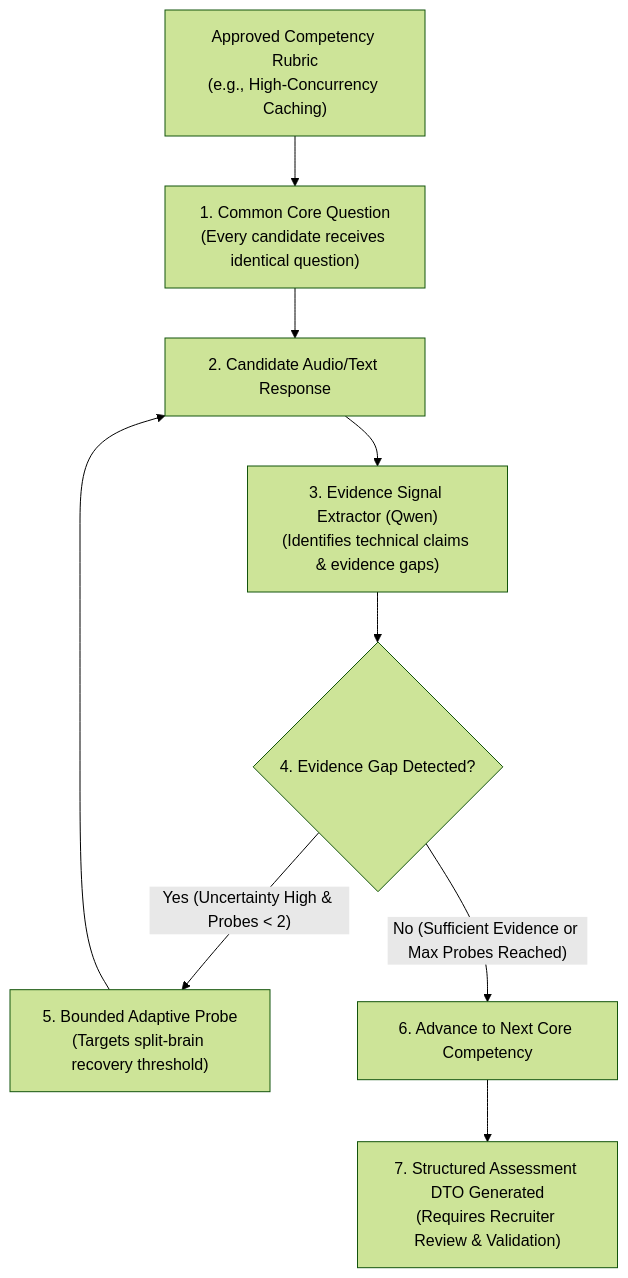
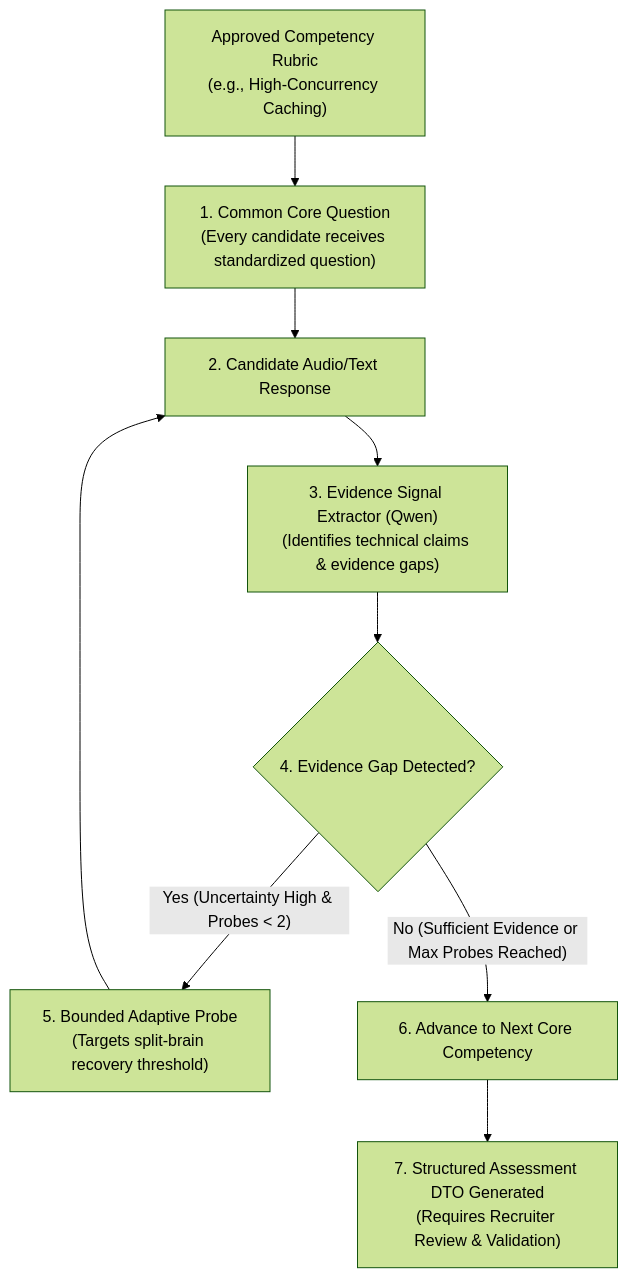
One commit to sharancode3/WorkSense changed the sixth of 10 diagrams in docs/07-AI-ML-Architecture.md. Above: the diagram before and after it, drawn with Mermaid (forest theme). The commit also changed other lines of this file and 9 other files, not shown here.

Commit message:
fix(docs): resolve Mermaid syntax parse errors across all markdown specifications

````diff
--- a/docs/07-AI-ML-Architecture.md
+++ b/docs/07-AI-ML-Architecture.md
@@ -636,18 +607,14 @@
 ```mermaid
 flowchart TD
-    RUBRIC["Approved Competency Rubric
-(e.g., High-Concurrency Caching)"] --> CORE["1. Common Core Question
-(Every candidate receives identical question)"]
+    RUBRIC["Approved Competency Rubric<br/>(e.g., High-Concurrency Caching)"] --> CORE["1. Common Core Question<br/>(Every candidate receives standardized question)"]
     CORE --> CAND_ANS["2. Candidate Audio/Text Response"]
-    CAND_ANS --> EXTRACT["3. Evidence Signal Extractor (Qwen)
-(Identifies technical claims & evidence gaps)"]
+    CAND_ANS --> EXTRACT["3. Evidence Signal Extractor (Qwen)<br/>(Identifies technical claims & evidence gaps)"]
     EXTRACT --> GAP_CHECK{"4. Evidence Gap Detected?"}
     
-    GAP_CHECK -- "Yes (Uncertainty High & Probes < 2)" --> PROBE["5. Bounded Adaptive Probe
-(Targets split-brain recovery threshold)"]
+    GAP_CHECK -- "Yes (Uncertainty High & Probes < 2)" --> PROBE["5. Bounded Adaptive Probe<br/>(Targets split-brain recovery threshold)"]
     PROBE --> CAND_ANS
     
     GAP_CHECK -- "No (Sufficient Evidence or Max Probes Reached)" --> NEXT_COMP["6. Advance to Next Core Competency"]
-    NEXT_COMP --> EVAL["7. Structured Assessment DTO Generated
-(Requires Recruiter Review & Validation)"]
+    NEXT_COMP --> EVAL["7. Structured Assessment DTO Generated<br/>(Requires Recruiter Review & Validation)"]
+
 ```
````
